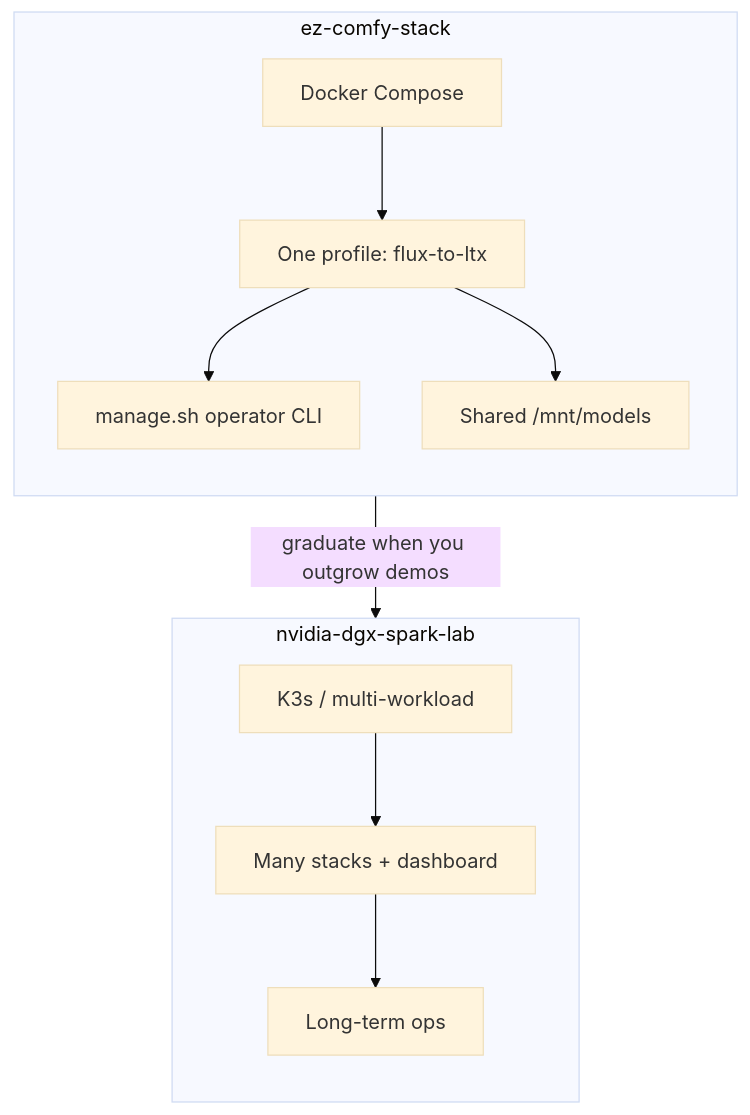
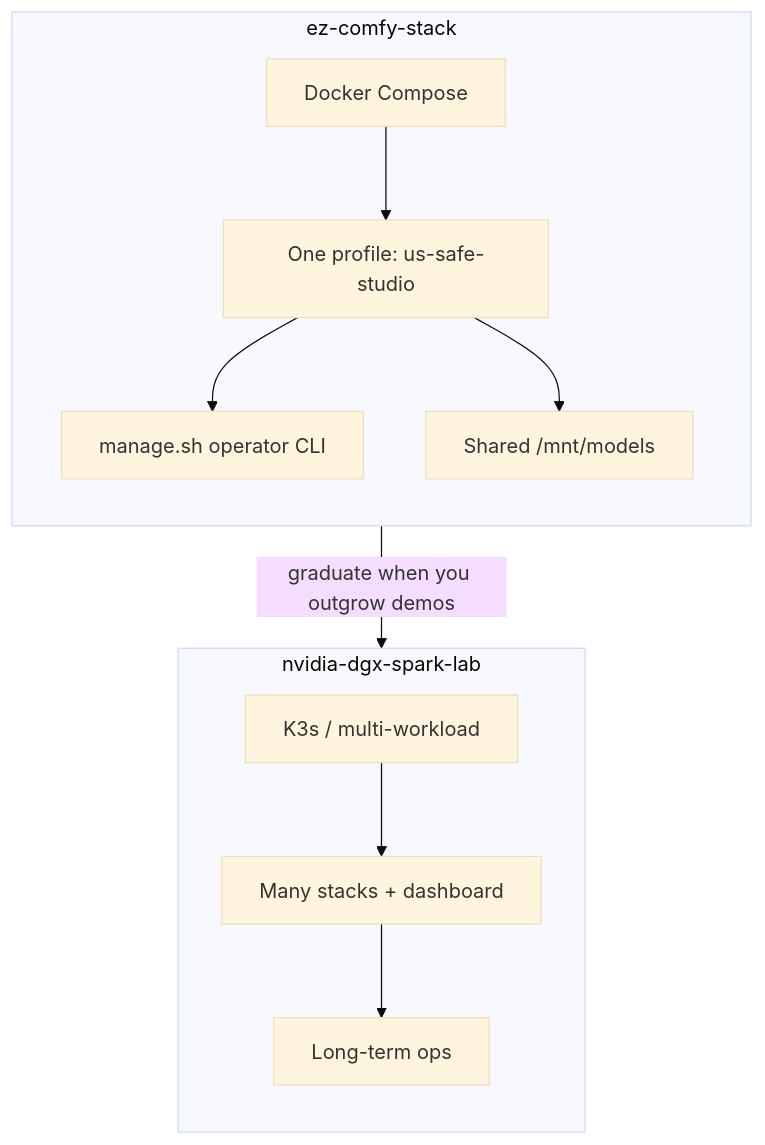
The first of 4 diagrams in docs/index.md (toxicoder/ez-comfy-stack), drawn with Mermaid (base theme) before and after one commit. The commit also changed other lines of this file and 17 other files, not shown here.

First line of the commit message:
feat: rename stack to us-safe-studio and rewrite operator docs

````diff
--- a/docs/index.md
+++ b/docs/index.md
@@ -38,20 +38,20 @@
 ```mermaid
 flowchart TB
   subgraph EZ["ez-comfy-stack"]
     direction TB
     E1["Docker Compose"]
-    E2["One profile: flux-to-ltx"]
+    E2["One profile: us-safe-studio"]
     E3["manage.sh operator CLI"]
     E4["Shared /mnt/models"]
     E1 --> E2 --> E3
     E2 --> E4
   end
   subgraph LAB["nvidia-dgx-spark-lab"]
     direction TB
     L1["K3s / multi-workload"]
     L2["Many stacks + dashboard"]
     L3["Long-term ops"]
     L1 --> L2 --> L3
   end
   EZ -->|"graduate when you outgrow demos"| LAB
 ```
````
